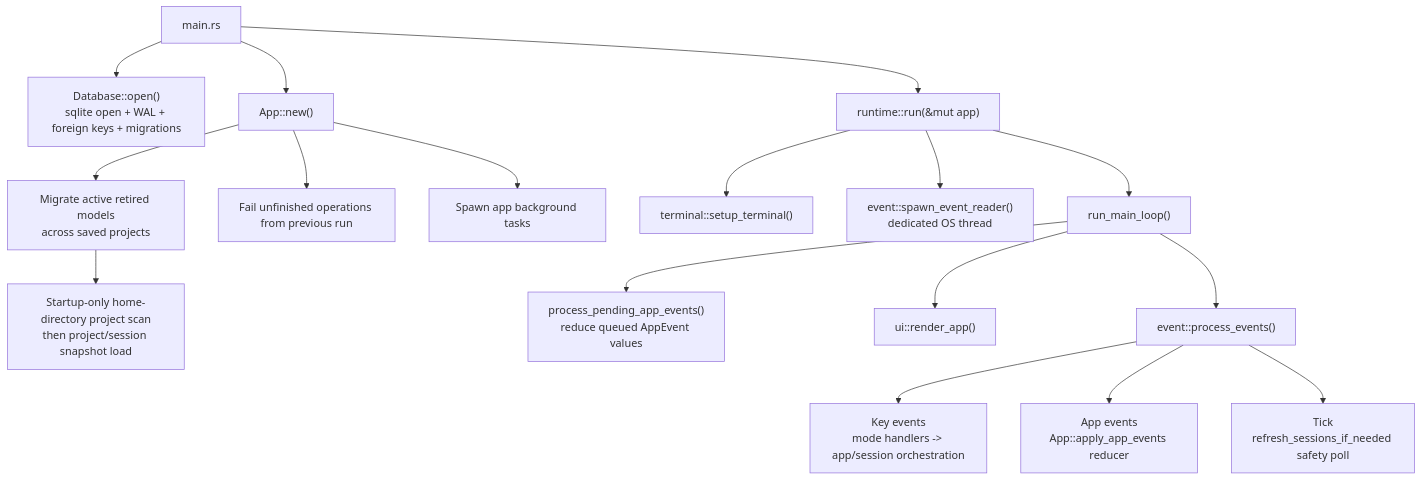
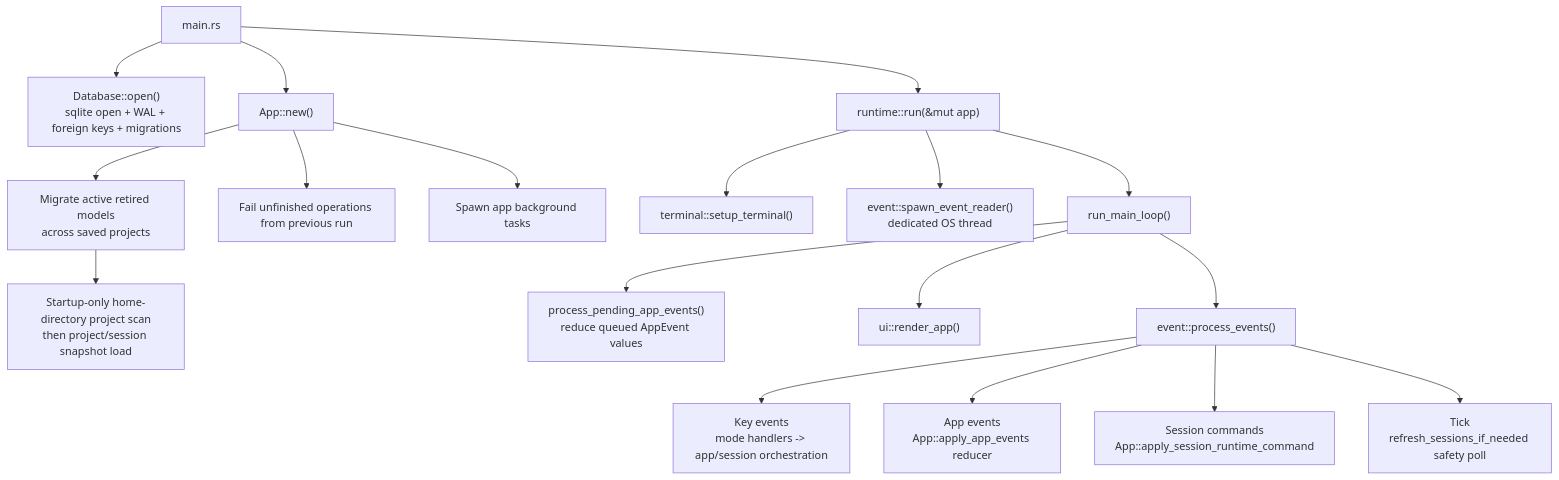
One commit to agentty-xyz/agentty changed the first of 3 diagrams in docs/site/content/docs/architecture/runtime-flow.md. Above: the diagram before and after it, drawn with Mermaid. The commit also changed other lines of this file and 27 other files, not shown here.

First line of the commit message:
Routes session operations through a foreground runtime

````diff
--- a/docs/site/content/docs/architecture/runtime-flow.md
+++ b/docs/site/content/docs/architecture/runtime-flow.md
@@ -47,37 +47,39 @@
 ```mermaid
 flowchart TD
   main["main.rs"]
   db["Database::open()<br/>sqlite open + WAL + foreign keys + migrations"]
   app_new["App::new()"]
   model_migration["Migrate active retired models<br/>across saved projects"]
   scan["Startup-only home-directory project scan<br/>then project/session snapshot load"]
   fail_ops["Fail unfinished operations from previous run"]
   background["Spawn app background tasks"]
   runtime["runtime::run(&mut app)"]
   terminal["terminal::setup_terminal()"]
   event_reader["event::spawn_event_reader()<br/>dedicated OS thread"]
   main_loop["run_main_loop()"]
   drain["process_pending_app_events()<br/>reduce queued AppEvent values"]
   draw["ui::render_app()"]
   process["event::process_events()"]
   key_events["Key events<br/>mode handlers -> app/session orchestration"]
   app_events["App events<br/>App::apply_app_events reducer"]
+  session_commands["Session commands<br/>App::apply_session_runtime_command"]
   tick["Tick<br/>refresh_sessions_if_needed safety poll"]
 
   main --> db
   main --> app_new
   app_new --> model_migration
   model_migration --> scan
   app_new --> fail_ops
   app_new --> background
   main --> runtime
   runtime --> terminal
   runtime --> event_reader
   runtime --> main_loop
   main_loop --> drain
   main_loop --> draw
   main_loop --> process
   process --> key_events
   process --> app_events
+  process --> session_commands
   process --> tick
 ```
````
